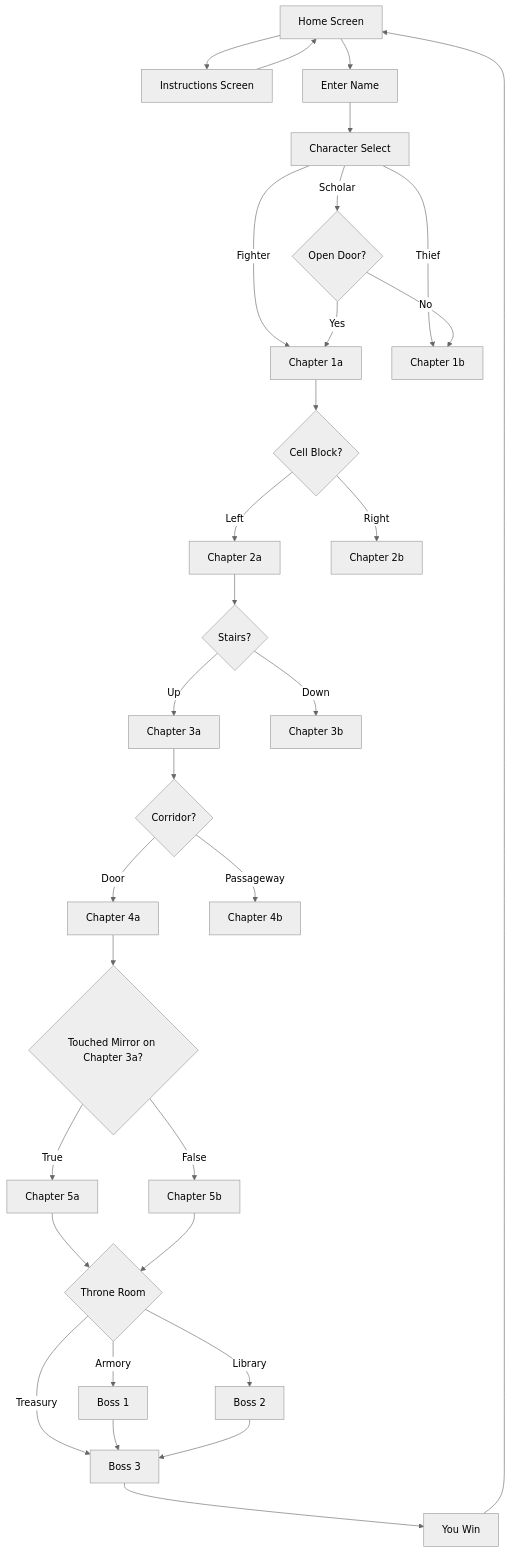
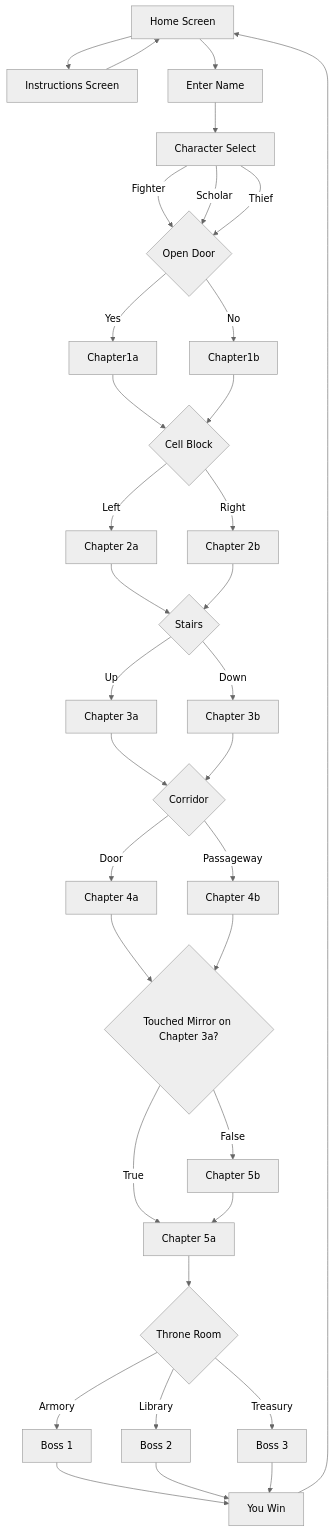
Before and after one commit to Ash-5p/dark-castle-lite: the first of 2 diagrams in README.md, drawn with Mermaid (neutral theme). The commit also changed other lines of this file and 11 other files, not shown here.

````diff
--- a/README.md
+++ b/README.md
@@ -326,42 +326,46 @@
 ```mermaid
 flowchart TD
   HomeScreen[Home Screen] --> InstructionsScreen[Instructions Screen]
   InstructionsScreen --> HomeScreen
   HomeScreen --> EnterName[Enter Name]
   EnterName --> CharacterSelect[Character Select]
-  CharacterSelect -->|Fighter| Chapter1a[Chapter 1a]
-  CharacterSelect -->|Scholar| OpenDoor{Open Door?}
-  CharacterSelect -->|Thief| Chapter1b[Chapter 1b]
+  CharacterSelect -->|Fighter| OpenDoor{Open Door}
+  CharacterSelect -->|Scholar| OpenDoor{Open Door}
+  CharacterSelect -->|Thief| OpenDoor{Open Door}
 
   OpenDoor -- Yes --> Chapter1a
   OpenDoor -- No --> Chapter1b
 
-  Chapter1a --> CellBlock{Cell Block?}
+  Chapter1a --> CellBlock{Cell Block}
+  Chapter1b --> CellBlock{Cell Block}
   CellBlock -- Left --> Chapter2a[Chapter 2a]
   CellBlock -- Right --> Chapter2b[Chapter 2b]
 
-  Chapter2a --> Stairs{Stairs?}
+  Chapter2a --> Stairs{Stairs}
+  Chapter2b --> Stairs{Stairs}
   Stairs -- Up --> Chapter3a[Chapter 3a]
   Stairs -- Down --> Chapter3b[Chapter 3b]
 
-  Chapter3a --> Corridor{Corridor?}
+  Chapter3a --> Corridor{Corridor}
+  Chapter3b --> Corridor{Corridor}
   Corridor -- Door --> Chapter4a[Chapter 4a]
   Corridor -- Passageway --> Chapter4b[Chapter 4b]
 
   Chapter4a --> TouchedMirror{Touched Mirror on Chapter 3a?}
+  Chapter4b --> TouchedMirror{Touched Mirror on Chapter 3a?}
   TouchedMirror -- False --> Chapter5b[Chapter 5b]
   TouchedMirror -- True --> Chapter5a[Chapter 5a]
 
   Chapter5a --> ThroneRoom{Throne Room}
-  Chapter5b --> ThroneRoom
+  Chapter5b --> Chapter5a[Chapter 5a]
 
   ThroneRoom -->|Armory| Boss1[Boss 1]
   ThroneRoom -->|Library| Boss2[Boss 2]
   ThroneRoom -->|Treasury| Boss3[Boss 3]
 
-  Boss1 --> Boss3
-  Boss2 --> Boss3
+  Boss1 --> YouWin[You Win]
+  Boss2 --> YouWin[You Win]
   Boss3 --> YouWin[You Win]
 
   YouWin --> HomeScreen
 ```
````
